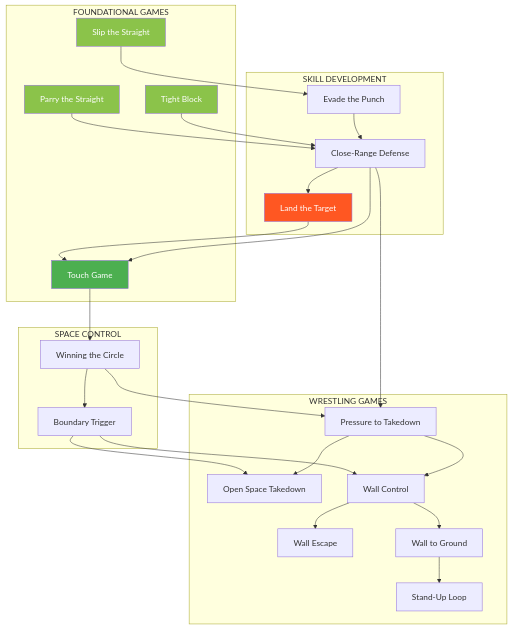
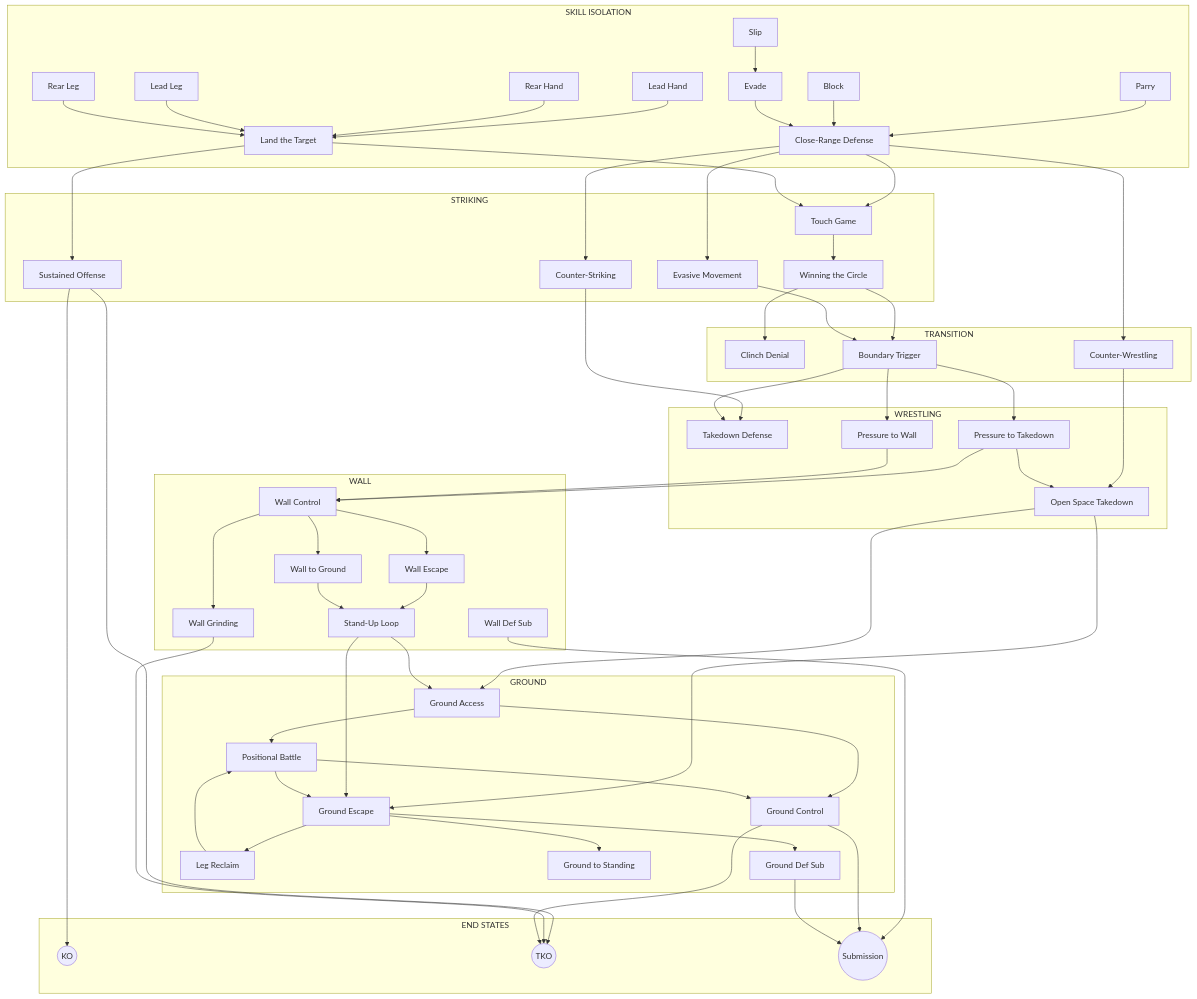
The diagram in docs/reference/prerequisites.md (ACalienes/Ecological-MMA-Game-System), drawn with Mermaid before and after one commit. The commit also changed other lines of this file and 1 other file, not shown here.

First line of the commit message:
Expand FAQ and update prerequisite map for all 35 games

````diff
--- a/docs/reference/prerequisites.md
+++ b/docs/reference/prerequisites.md
@@ -9,65 +96,109 @@
 ```mermaid
 flowchart TD
-    subgraph FOUNDATIONS["FOUNDATIONAL GAMES"]
-        TG[Touch Game]
-        P[Parry the Straight]
-        TB[Tight Block]
-        SS[Slip the Straight]
+    subgraph SKILL["SKILL ISOLATION"]
+        P[Parry] --> CRD
+        TB[Block] --> CRD
+        SS[Slip] --> EP[Evade]
+        EP --> CRD
+        LH[Lead Hand] --> LT
+        RH[Rear Hand] --> LT
+        LL[Lead Leg] --> LT
+        RL[Rear Leg] --> LT
     end
 
-    subgraph SKILL_DEV["SKILL DEVELOPMENT"]
-        EP[Evade the Punch]
+    subgraph STRIKING["STRIKING"]
         CRD[Close-Range Defense]
         LT[Land the Target]
+        TG[Touch Game]
+        WC[Winning the Circle]
+        EM[Evasive Movement]
+        CS[Counter-Striking]
+        SO[Sustained Offense]
     end
 
-    subgraph SPACE["SPACE CONTROL"]
-        WC[Winning the Circle]
+    subgraph TRANSITION["TRANSITION"]
+        CD[Clinch Denial]
+        CW[Counter-Wrestling]
         BT[Boundary Trigger]
     end
 
-    subgraph WRESTLING["WRESTLING GAMES"]
+    subgraph WRESTLING["WRESTLING"]
+        TDD[Takedown Defense]
         PTT[Pressure to Takedown]
+        PTW[Pressure to Wall]
         OST[Open Space Takedown]
+    end
+
+    subgraph WALL["WALL"]
         WCon[Wall Control]
         WE[Wall Escape]
+        WDS[Wall Def Sub]
         WG[Wall to Ground]
+        WGr[Wall Grinding]
         SUL[Stand-Up Loop]
     end
 
-    %% Skill Isolation flows
-    P --> CRD
-    TB --> CRD
-    SS --> EP
-    EP --> CRD
+    subgraph GROUND["GROUND"]
+        GA[Ground Access]
+        GC[Ground Control]
+        GE[Ground Escape]
+        LR[Leg Reclaim]
+        GTS[Ground to Standing]
+        GDS[Ground Def Sub]
+        PB[Positional Battle]
+    end
 
-    %% Offensive/Defensive convergence
-    CRD --> LT
+    subgraph FINISH["END STATES"]
+        KO((KO))
+        TKO((TKO))
+        SUB((Submission))
+    end
+
+    CRD --> TG
+    CRD --> EM
+    CRD --> CS
     LT --> TG
-    CRD --> TG
-
-    %% Space control
+    LT --> SO
     TG --> WC
     WC --> BT
+    WC --> CD
+    EM --> BT
+    CS --> TDD
+    CRD --> CW
+    CW --> OST
 
-    %% Wrestling integration
-    CRD --> PTT
-    WC --> PTT
+    SO --> KO
+    SO --> TKO
 
-    %% Environment games
-    BT --> OST
-    BT --> WCon
+    BT --> PTT
+    BT --> PTW
+    BT --> TDD
     PTT --> OST
     PTT --> WCon
+    PTW --> WCon
 
-    %% Wall progression
     WCon --> WE
     WCon --> WG
+    WCon --> WGr
+    WE --> SUL
+    WDS --> SUB
     WG --> SUL
+    WGr --> TKO
 
-    style TG fill:#4CAF50,color:#fff
-    style P fill:#8BC34A,color:#fff
-    style TB fill:#8BC34A,color:#fff
-    style SS fill:#8BC34A,color:#fff
-    style LT fill:#FF5722,color:#fff
+    OST --> GA
+    OST --> GE
+    SUL --> GA
+    SUL --> GE
+
+    GA --> GC
+    GA --> PB
+    GC --> TKO
+    GC --> SUB
+    GE --> LR
+    GE --> GTS
+    GE --> GDS
+    LR --> PB
+    GDS --> SUB
+    PB --> GC
+    PB --> GE
 ```
````
